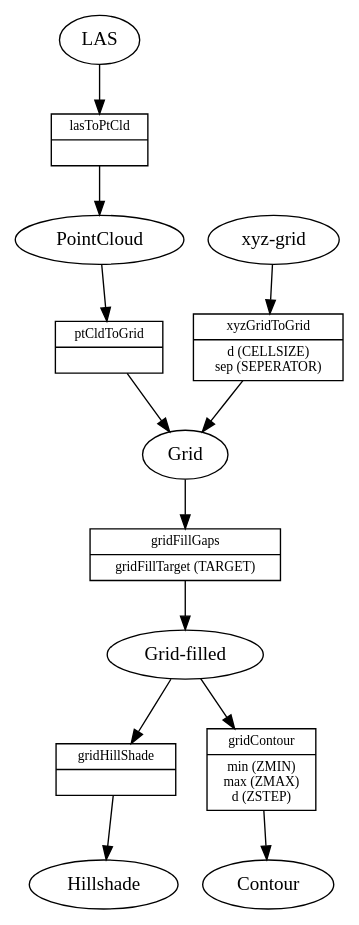
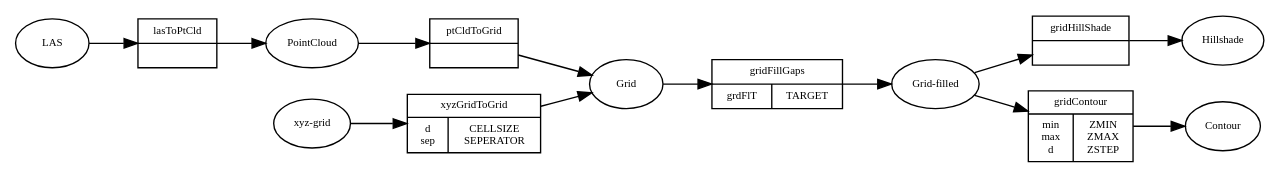
Before and after one commit to michelk/saga-cmd.hs: the diagram in README.org, drawn with Graphviz. The commit also changed 2 other files, not shown here.

Commit message:
updating chain-diagram

```diff
--- a/README.org
+++ b/README.org
@@ -80,26 +80,27 @@
    #+BEGIN_SRC dot :exports results :results graphics :file doc/figures/chains.png :eval no-export
      digraph chains {
-         node [shape = ellipse];
+         graph [rankdir = LR]; 
+         node [shape = ellipse, fontsize = 8];
 
          las [label = "LAS"];
          grd [label = "Grid"];
          grdF [label = "Grid-filled"];
          xyz [label = "xyz-grid"];
          cntr [label = "Contour"];
          hls [label = "Hillshade"];
          pt [label = "PointCloud"]
 
-         xyzGrid [shape = record, label = "{xyzGridToGrid|d (CELLSIZE)\nsep (SEPERATOR)}", fontsize = 10]
-         lasPt [shape = record, label = "{lasToPtCld |}", fontsize = 10]
-         ptGrd [shape = record, label = "{ptCldToGrid|}", fontsize = 10]
-         grdFl [shape = record, label = "{gridFillGaps| gridFillTarget (TARGET)}", fontsize = 10]
-         grdHl [shape = record, label = "{gridHillShade|}", fontsize = 10]
-         grdCtl [shape = record, label = "{gridContour| min (ZMIN)\nmax (ZMAX)\nd (ZSTEP)}", fontsize = 10]
+         xyzGrid [shape = record, label = "xyzGridToGrid|{d\nsep|CELLSIZE\nSEPERATOR}"]
+         lasPt [shape = record, label = "lasToPtCld |"]
+         ptGrd [shape = record, label = "ptCldToGrid|"]
+         grdFl [shape = record, label = "gridFillGaps| {grdFlT |TARGET}"]
+         grdHl [shape = record, label = "gridHillShade|"]
+         grdCtl [shape = record, label = "gridContour| {min\nmax\nd |ZMIN\nZMAX\nZSTEP}"]
 
          las -> lasPt -> pt -> ptGrd -> grd;
          xyz -> xyzGrid -> grd ;
          grd -> grdFl -> grdF;
          grdF -> grdHl -> hls;
          grdF -> grdCtl -> cntr;
      }
    #+END_SRC
```
